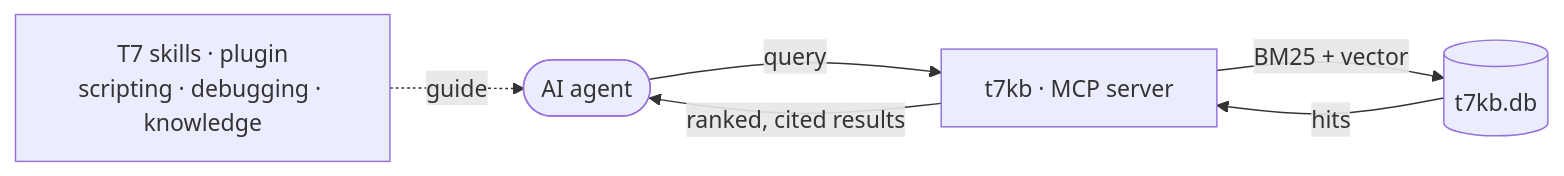
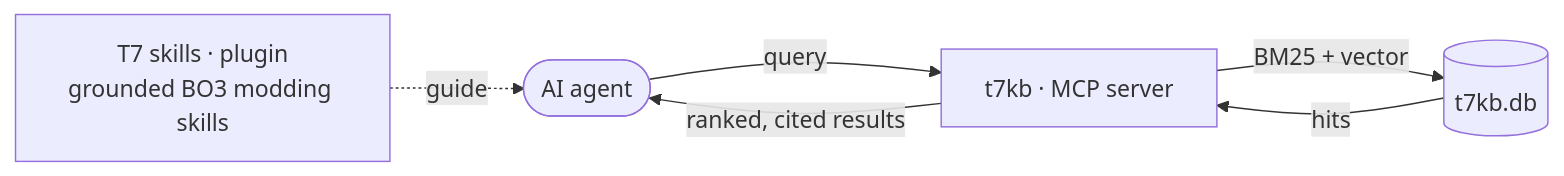
The diagram in README.md (t7-reapy/t7_companion), drawn with Mermaid before and after one commit. The commit also changed 1 other file, not shown here.

Commit message:
fix(docs): stop hardcoding a skill list in the README
The mermaid diagram still named the original 3 skills after 5 more were
added — fixed by de-listing rather than re-listing, since a name-by-name
list will always go stale again the next time a skill is added/removed.
Documented the two required follow-ups (bo3-knowledge's routing description,
marketplace.json) in CLAUDE.md so this doesn't repeat.

````diff
--- a/README.md
+++ b/README.md
@@ -10,8 +10,8 @@
 ```mermaid
 flowchart LR
-    S["T7 skills · plugin<br/>scripting · debugging · knowledge"] -. guide .-> A
+    S["T7 skills · plugin<br/>grounded BO3 modding skills"] -. guide .-> A
     A([AI agent]) -- query --> B["t7kb · MCP server"]
     B -- "BM25 + vector" --> C[("t7kb.db")]
     C -- hits --> B
     B -- "ranked, cited results" --> A
 ```
````
